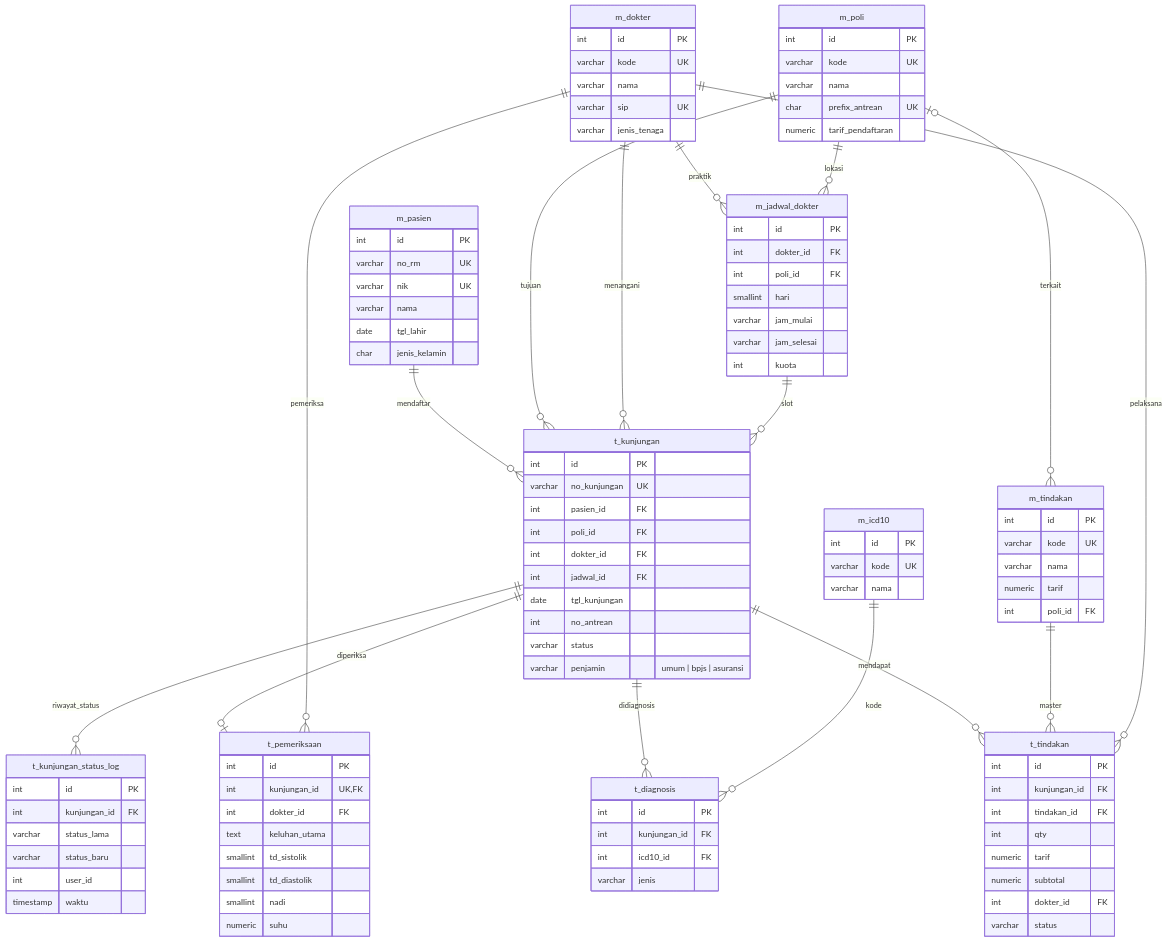
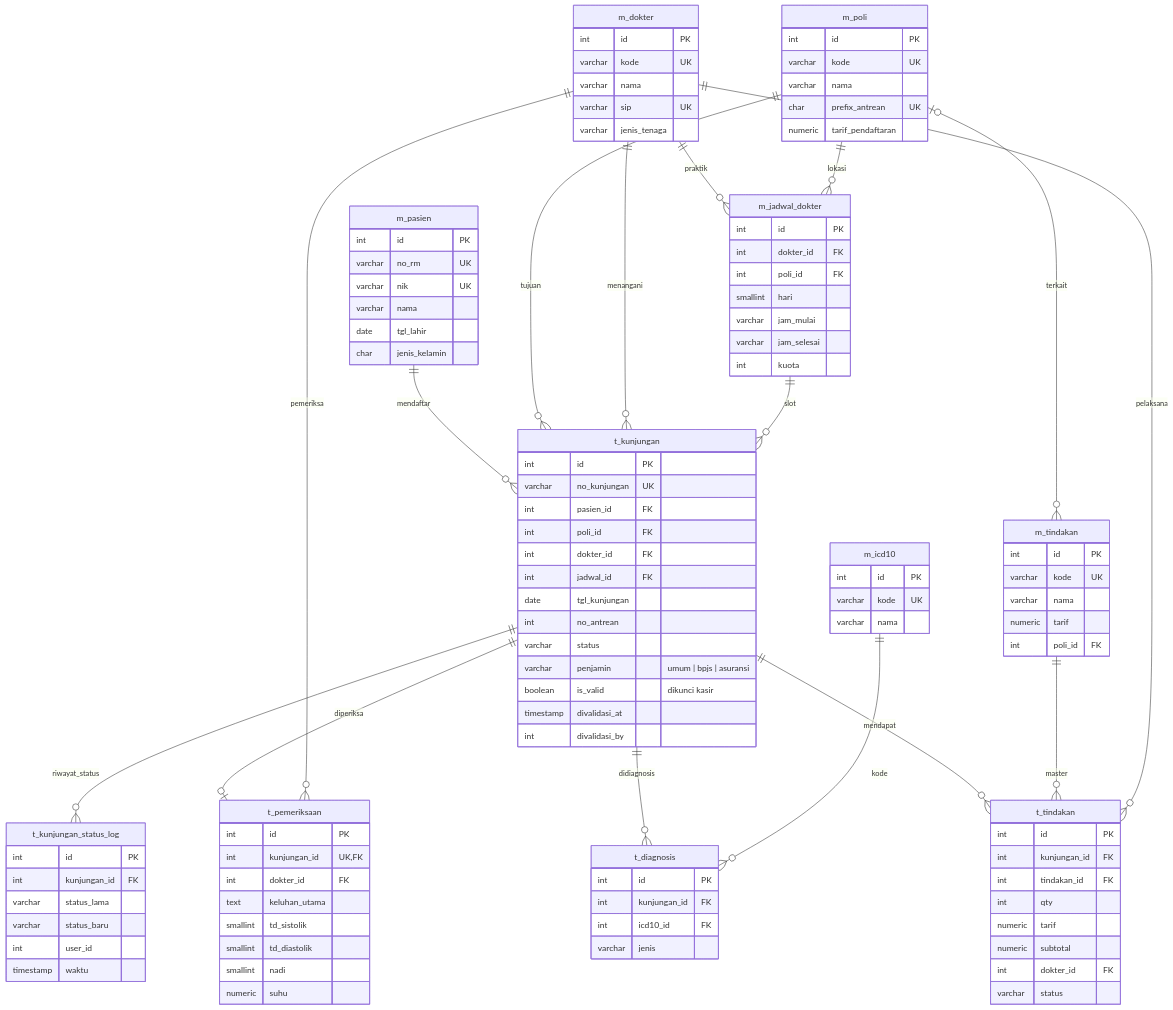
The second of 3 diagrams in database/erd.md (maeshataruna99-lgtm/simrs-rawat-jalan), drawn with Mermaid before and after one commit. The commit also changed 38 other files, not shown here.

```diff
--- a/database/erd.md
+++ b/database/erd.md
@@ -152,6 +152,9 @@
         int no_antrean
         varchar status
         varchar penjamin "umum | bpjs | asuransi"
+        boolean is_valid "dikunci kasir"
+        timestamp divalidasi_at
+        int divalidasi_by
     }
     t_kunjungan_status_log {
         int id PK
```
